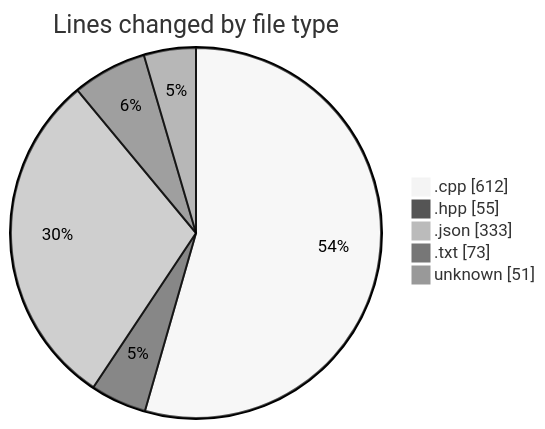
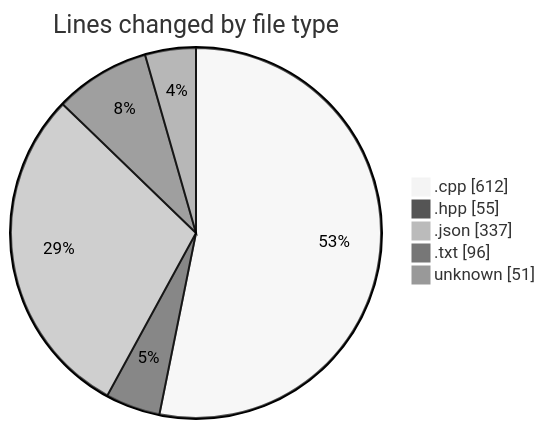
The first of 2 diagrams in 2025-04-06/echo/README.md (Netris89/code-tracking), drawn with Mermaid (neutral theme) before and after one commit. The commit also changed other lines of this file and 1 other file, not shown here.

````diff
--- a/2025-04-06/echo/README.md
+++ b/2025-04-06/echo/README.md
@@ -27,9 +27,9 @@
 ```mermaid
 pie showData
 title Lines changed by file type
 ".cpp" : 612
 ".hpp" : 55
-".json" : 333
-".txt" : 73
+".json" : 337
+".txt" : 96
 "unknown" : 51
 ```
````
